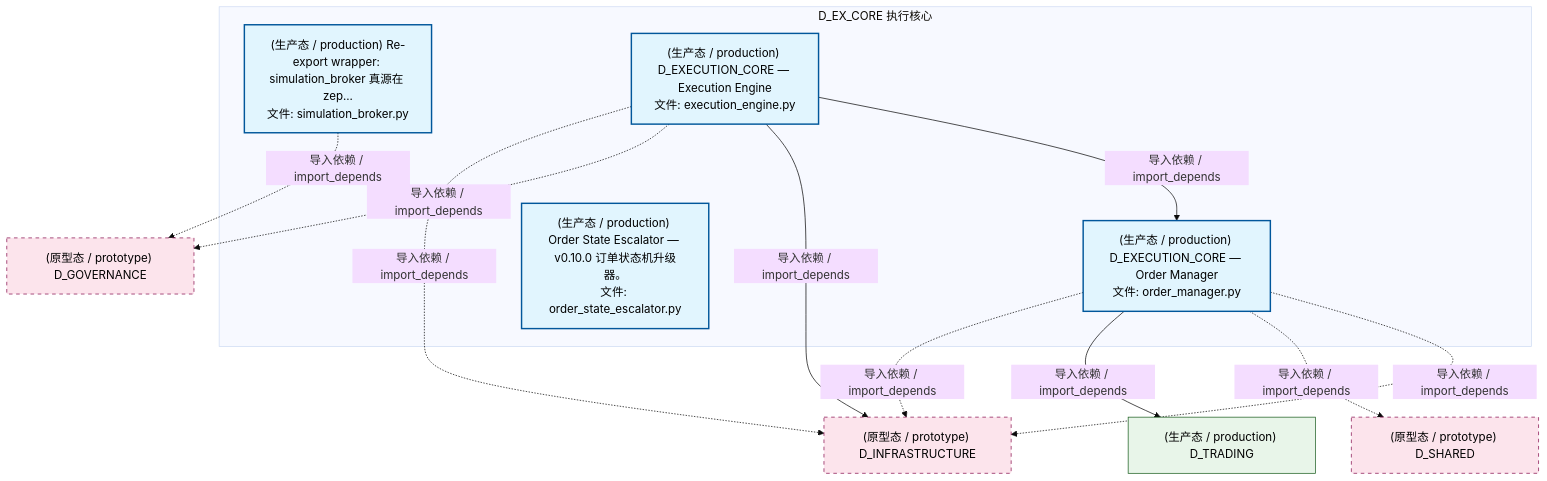
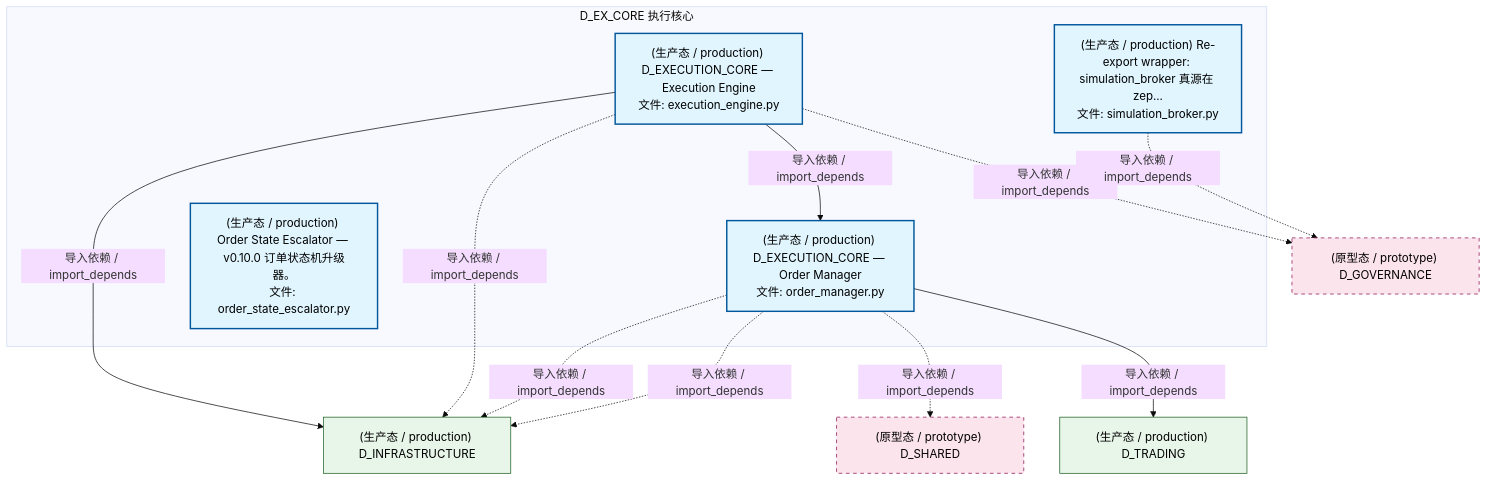
One commit to xuanFelixVan/ZephyrAlpha changed the second of 5 diagrams in docs/02_enterprise_architecture/02_domain_architecture_docs/34_d_ex_core.md. Above: the diagram before and after it, drawn with Mermaid (base theme). The commit also changed other lines of this file and 116 other files, not shown here.

````diff
--- a/docs/02_enterprise_architecture/02_domain_architecture_docs/34_d_ex_core.md
+++ b/docs/02_enterprise_architecture/02_domain_architecture_docs/34_d_ex_core.md
@@ -126,29 +126,29 @@
 ```mermaid
 graph TD
     subgraph D_EX_CORE["D_EX_CORE 执行核心"]
         src_zephyr_ex_core_adapters_simulation_broker_py["(生产态 / production) Re-export wrapper: simulation_broker 真源在 zep...<br/>文件: simulation_broker.py"]
         src_zephyr_ex_core_execution_engine_py["(生产态 / production) D_EXECUTION_CORE — Execution Engine<br/>文件: execution_engine.py"]
         src_zephyr_ex_core_order_manager_py["(生产态 / production) D_EXECUTION_CORE — Order Manager<br/>文件: order_manager.py"]
         src_zephyr_governance_escalation_order_state_escalator_py["(生产态 / production) Order State Escalator — v0.10.0 订单状态机升级器。<br/>文件: order_state_escalator.py"]
     end
     src_zephyr_ex_core_execution_engine_py -->|导入依赖 / import_depends| src_zephyr_ex_core_order_manager_py
-    D_INFRASTRUCTURE["(原型态 / prototype) D_INFRASTRUCTURE"]
+    D_INFRASTRUCTURE["(生产态 / production) D_INFRASTRUCTURE"]
+    src_zephyr_ex_core_execution_engine_py -->|导入依赖 / import_depends| D_INFRASTRUCTURE
+    D_GOVERNANCE["(原型态 / prototype) D_GOVERNANCE"]
+    src_zephyr_ex_core_execution_engine_py -.->|导入依赖 / import_depends| D_GOVERNANCE
+    src_zephyr_ex_core_execution_engine_py -.->|导入依赖 / import_depends| D_INFRASTRUCTURE
     src_zephyr_ex_core_order_manager_py -.->|导入依赖 / import_depends| D_INFRASTRUCTURE
     D_SHARED["(原型态 / prototype) D_SHARED"]
     src_zephyr_ex_core_order_manager_py -.->|导入依赖 / import_depends| D_SHARED
     D_TRADING["(生产态 / production) D_TRADING"]
     src_zephyr_ex_core_order_manager_py -->|导入依赖 / import_depends| D_TRADING
     src_zephyr_ex_core_order_manager_py -.->|导入依赖 / import_depends| D_INFRASTRUCTURE
-    src_zephyr_ex_core_execution_engine_py -->|导入依赖 / import_depends| D_INFRASTRUCTURE
-    D_GOVERNANCE["(原型态 / prototype) D_GOVERNANCE"]
-    src_zephyr_ex_core_execution_engine_py -.->|导入依赖 / import_depends| D_GOVERNANCE
-    src_zephyr_ex_core_execution_engine_py -.->|导入依赖 / import_depends| D_INFRASTRUCTURE
     src_zephyr_ex_core_adapters_simulation_broker_py -.->|导入依赖 / import_depends| D_GOVERNANCE
     classDef production fill:#e1f5fe,stroke:#01579b,stroke-width:2px,color:#000
     classDef design fill:#fff3e0,stroke:#e65100,stroke-width:2px,color:#000,stroke-dasharray: 5 5
     classDef external_prod fill:#e8f5e9,stroke:#1b5e20,stroke-width:1px,color:#000
     classDef external_design fill:#fce4ec,stroke:#880e4f,stroke-width:1px,color:#000,stroke-dasharray: 5 5
     class src_zephyr_ex_core_adapters_simulation_broker_py,src_zephyr_ex_core_execution_engine_py,src_zephyr_ex_core_order_manager_py,src_zephyr_governance_escalation_order_state_escalator_py production
-    class D_TRADING external_prod
-    class D_INFRASTRUCTURE,D_SHARED,D_GOVERNANCE external_design
+    class D_INFRASTRUCTURE,D_TRADING external_prod
+    class D_GOVERNANCE,D_SHARED external_design
 ```
````
